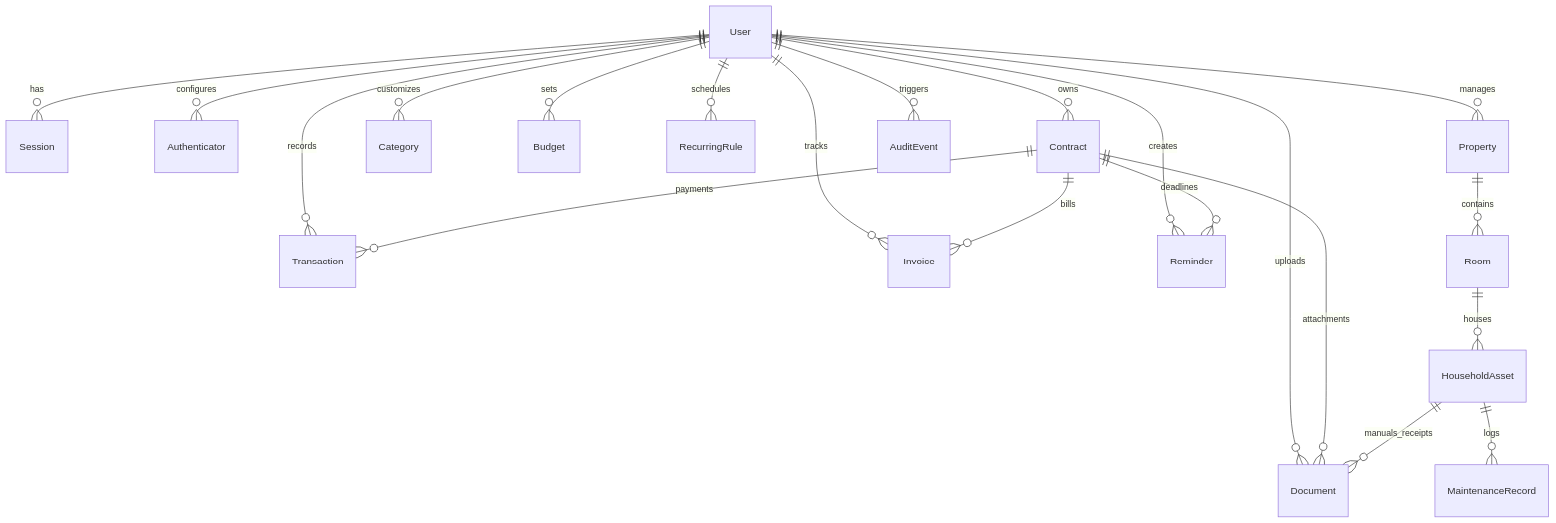
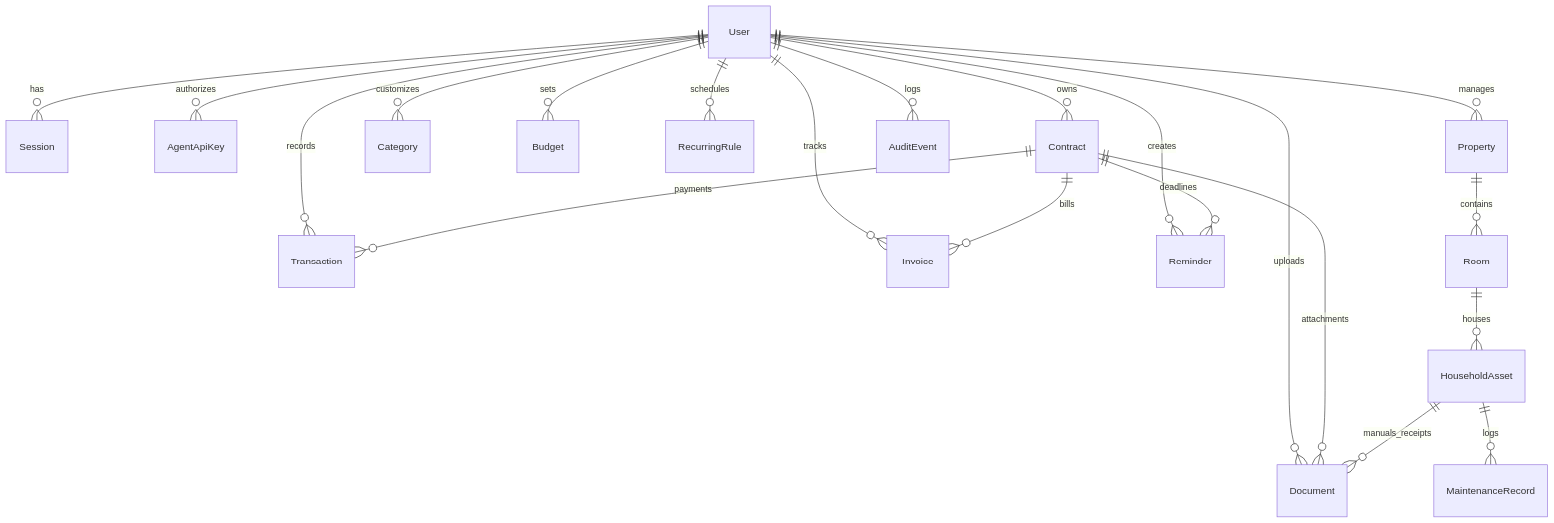
The second of 2 diagrams in ARCHITECTURE.md (akata6868/akatalife), drawn with Mermaid before and after one commit. The commit also changed other lines of this file and 4 other files, not shown here.

Commit message:
docs: integrate Coolify, Supabase PostgreSQL, and Hermes Agent API into architecture

````diff
--- a/ARCHITECTURE.md
+++ b/ARCHITECTURE.md
@@ -69,25 +72,25 @@
 ```mermaid
 erDiagram
     User ||--o{ Session : has
-    User ||--o{ Authenticator : configures
+    User ||--o{ AgentApiKey : authorizes
     User ||--o{ Contract : owns
     User ||--o{ Document : uploads
     User ||--o{ Category : customizes
     User ||--o{ Transaction : records
     User ||--o{ Budget : sets
     User ||--o{ Invoice : tracks
     User ||--o{ RecurringRule : schedules
     User ||--o{ Reminder : creates
     User ||--o{ Property : manages
-    User ||--o{ AuditEvent : triggers
+    User ||--o{ AuditEvent : logs
 
     Contract ||--o{ Document : attachments
     Contract ||--o{ Invoice : bills
     Contract ||--o{ Transaction : payments
     Contract ||--o{ Reminder : deadlines
 
     Property ||--o{ Room : contains
     Room ||--o{ HouseholdAsset : houses
     HouseholdAsset ||--o{ MaintenanceRecord : logs
     HouseholdAsset ||--o{ Document : manuals_receipts
 ```
````
